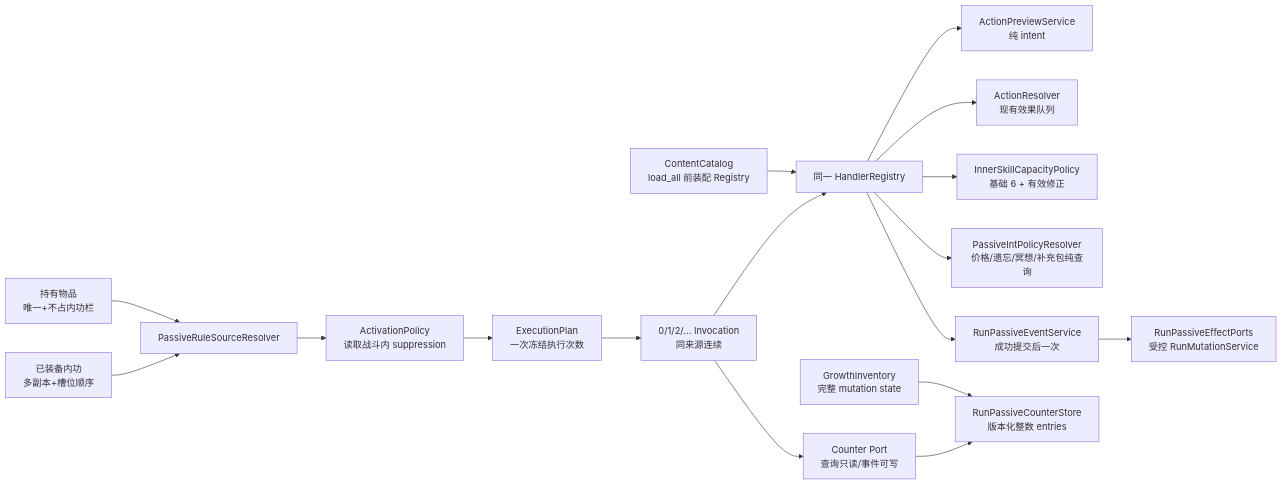
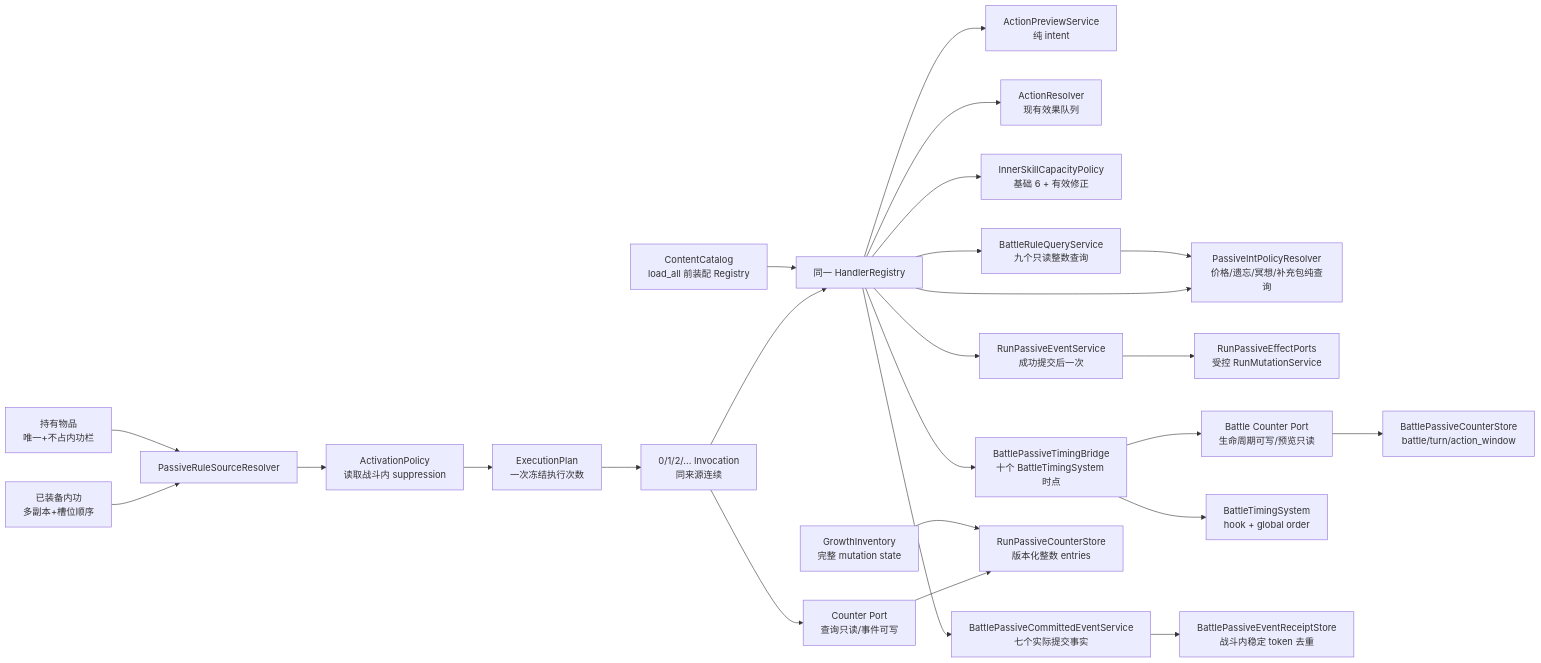
Before and after one commit to duguyumei/games: diagram 15 of 15 in combo_duel_vslice/docs/architecture-diagrams.md, drawn with Mermaid. The commit also changed other lines of this file and 49 other files, not shown here.

````diff
--- a/combo_duel_vslice/docs/architecture-diagrams.md
+++ b/combo_duel_vslice/docs/architecture-diagrams.md
@@ -545,19 +545,27 @@
 ```mermaid
 flowchart LR
     INNER["已装备内功<br/>多副本+槽位顺序"] --> SRC["PassiveRuleSourceResolver"]
     ITEM["持有物品<br/>唯一+不占内功栏"] --> SRC
     SRC --> ACT["ActivationPolicy<br/>读取战斗内 suppression"]
     ACT --> PLAN["ExecutionPlan<br/>一次冻结执行次数"]
     PLAN --> INV["0/1/2/... Invocation<br/>同来源连续"]
     INV --> REG["同一 HandlerRegistry"]
     REG --> PREVIEW["ActionPreviewService<br/>纯 intent"]
     REG --> RESOLVE["ActionResolver<br/>现有效果队列"]
     REG --> CAP["InnerSkillCapacityPolicy<br/>基础 6 + 有效修正"]
     REG --> INT["PassiveIntPolicyResolver<br/>价格/遗忘/冥想/补充包纯查询"]
     REG --> EVENT["RunPassiveEventService<br/>成功提交后一次"]
+    REG --> BRIDGE["BattlePassiveTimingBridge<br/>十个 BattleTimingSystem 时点"]
+    REG --> BEVENT["BattlePassiveCommittedEventService<br/>七个实际提交事实"]
+    REG --> BQUERY["BattleRuleQueryService<br/>九个只读整数查询"]
     EVENT --> PORTS["RunPassiveEffectPorts<br/>受控 RunMutationService"]
     INV --> CPORT["Counter Port<br/>查询只读/事件可写"]
     CPORT --> CSTORE["RunPassiveCounterStore<br/>版本化整数 entries"]
+    BRIDGE --> BPORT["Battle Counter Port<br/>生命周期可写/预览只读"]
+    BPORT --> BSTORE["BattlePassiveCounterStore<br/>battle/turn/action_window"]
+    BRIDGE --> TIMING["BattleTimingSystem<br/>hook + global order"]
+    BEVENT --> RECEIPT["BattlePassiveEventReceiptStore<br/>战斗内稳定 token 去重"]
+    BQUERY --> INT
     GROWTH["GrowthInventory<br/>完整 mutation state"] --> CSTORE
     CAT["ContentCatalog<br/>load_all 前装配 Registry"] --> REG
 ```
````
